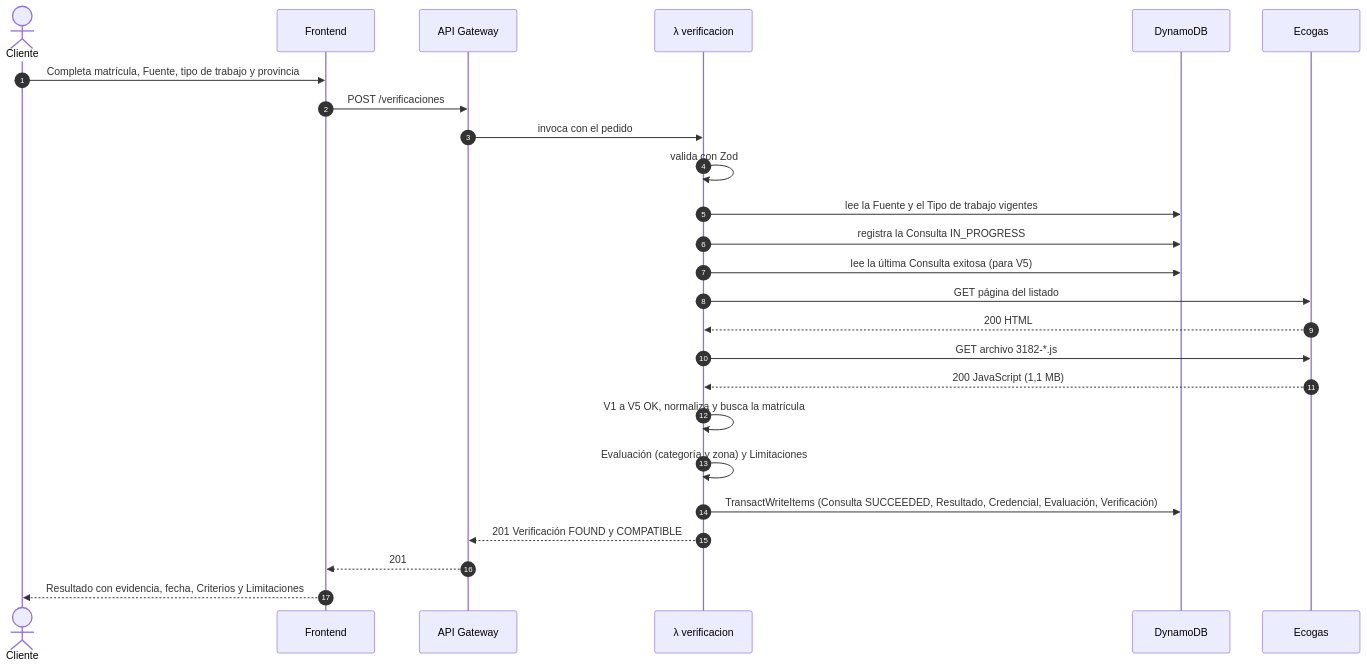
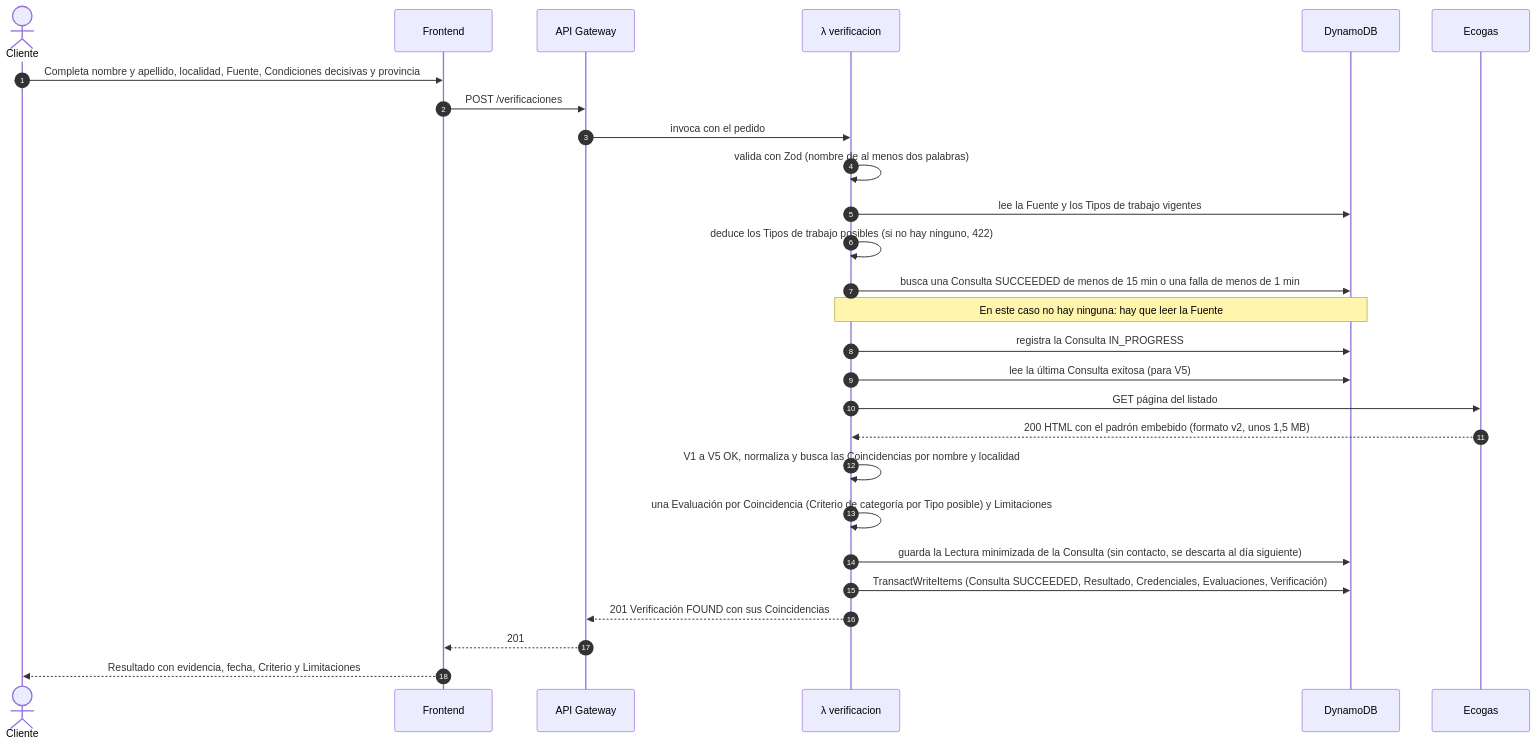
Before and after one commit to IvanDaniliuk01/MatriculAR: the first of 5 diagrams in docs/api.md, drawn with Mermaid. The commit also changed other lines of this file and 62 other files, not shown here.

````diff
--- a/docs/api.md
+++ b/docs/api.md
@@ -305,28 +430,30 @@
 ```mermaid
 sequenceDiagram
     autonumber
     actor C as Cliente
     participant F as Frontend
     participant A as API Gateway
     participant L as λ verificacion
     participant D as DynamoDB
     participant E as Ecogas
 
-    C->>F: Completa matrícula, Fuente, tipo de trabajo y provincia
+    C->>F: Completa nombre y apellido, localidad, Fuente, Condiciones decisivas y provincia
     F->>A: POST /verificaciones
     A->>L: invoca con el pedido
-    L->>L: valida con Zod
-    L->>D: lee la Fuente y el Tipo de trabajo vigentes
+    L->>L: valida con Zod (nombre de al menos dos palabras)
+    L->>D: lee la Fuente y los Tipos de trabajo vigentes
+    L->>L: deduce los Tipos de trabajo posibles (si no hay ninguno, 422)
+    L->>D: busca una Consulta SUCCEEDED de menos de 15 min o una falla de menos de 1 min
+    Note over L,D: En este caso no hay ninguna: hay que leer la Fuente
     L->>D: registra la Consulta IN_PROGRESS
     L->>D: lee la última Consulta exitosa (para V5)
     L->>E: GET página del listado
-    E-->>L: 200 HTML
-    L->>E: GET archivo 3182-*.js
-    E-->>L: 200 JavaScript (1,1 MB)
-    L->>L: V1 a V5 OK, normaliza y busca la matrícula
-    L->>L: Evaluación (categoría y zona) y Limitaciones
-    L->>D: TransactWriteItems (Consulta SUCCEEDED, Resultado, Credencial, Evaluación, Verificación)
-    L-->>A: 201 Verificación FOUND y COMPATIBLE
+    E-->>L: 200 HTML con el padrón embebido (formato v2, unos 1,5 MB)
+    L->>L: V1 a V5 OK, normaliza y busca las Coincidencias por nombre y localidad
+    L->>L: una Evaluación por Coincidencia (Criterio de categoría por Tipo posible) y Limitaciones
+    L->>D: guarda la Lectura minimizada de la Consulta (sin contacto, se descarta al día siguiente)
+    L->>D: TransactWriteItems (Consulta SUCCEEDED, Resultado, Credenciales, Evaluaciones, Verificación)
+    L-->>A: 201 Verificación FOUND con sus Coincidencias
     A-->>F: 201
-    F-->>C: Resultado con evidencia, fecha, Criterios y Limitaciones
+    F-->>C: Resultado con evidencia, fecha, Criterio y Limitaciones
 ```
````
